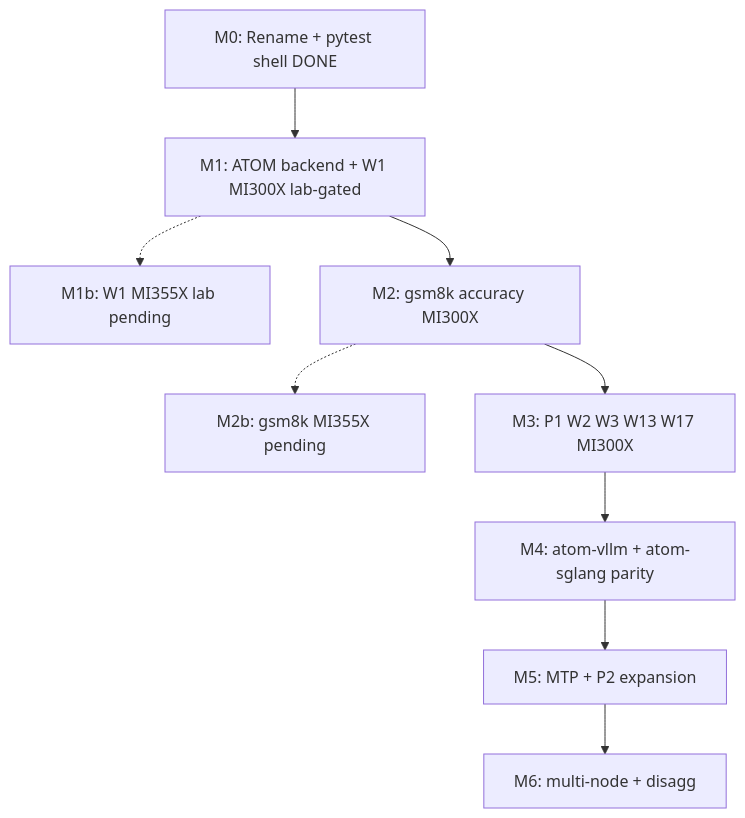
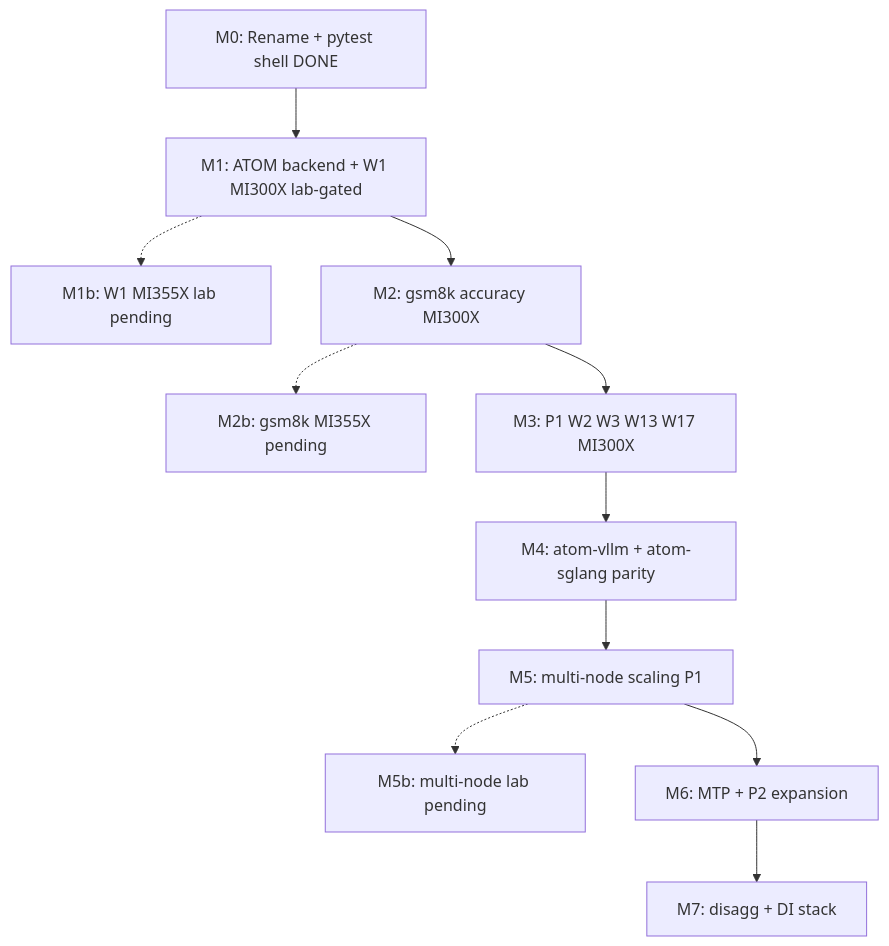
One commit to ROCm/cvs changed the seventh of 8 diagrams in plans/inferencex-atom-cvs-automation-plan.md. Above: the diagram before and after it, drawn with Mermaid. The commit also changed other lines of this file, not shown here.

First line of the commit message:
docs(plan): prioritize multi-node as M5 after framework parity

````diff
--- a/plans/inferencex-atom-cvs-automation-plan.md
+++ b/plans/inferencex-atom-cvs-automation-plan.md
@@ -971,15 +1017,18 @@
 ```mermaid
 flowchart TB
   M0["M0: Rename + pytest shell DONE"]
   M1["M1: ATOM backend + W1 MI300X lab-gated"]
   M1P["M1b: W1 MI355X lab pending"]
   M2["M2: gsm8k accuracy MI300X"]
   M2P["M2b: gsm8k MI355X pending"]
   M3["M3: P1 W2 W3 W13 W17 MI300X"]
   M4["M4: atom-vllm + atom-sglang parity"]
-  M5["M5: MTP + P2 expansion"]
-  M6["M6: multi-node + disagg"]
-  M0 --> M1 --> M2 --> M3 --> M4 --> M5 --> M6
+  M5["M5: multi-node scaling P1"]
+  M5P["M5b: multi-node lab pending"]
+  M6["M6: MTP + P2 expansion"]
+  M7["M7: disagg + DI stack"]
+  M0 --> M1 --> M2 --> M3 --> M4 --> M5 --> M6 --> M7
   M1 -.-> M1P
   M2 -.-> M2P
+  M5 -.-> M5P
 ```
````
